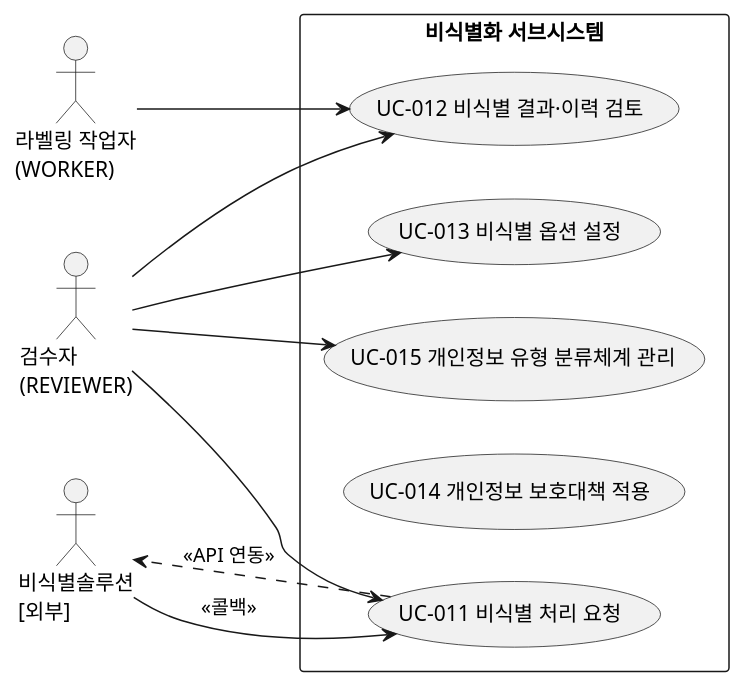
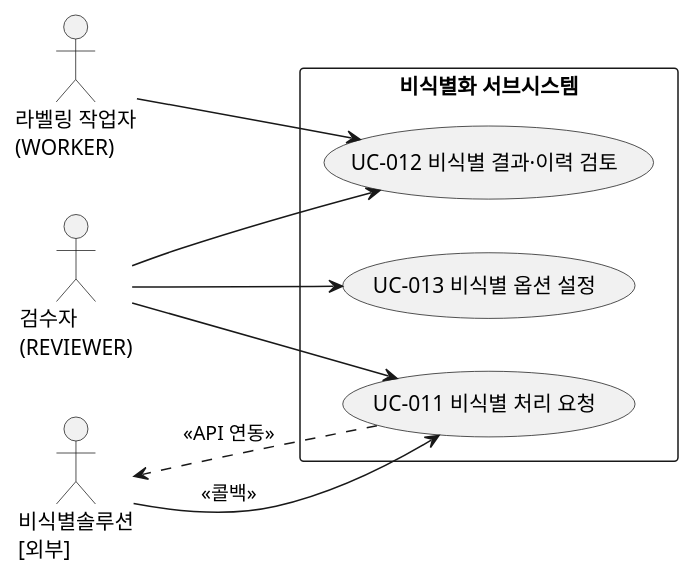
Before and after one commit to New-stella/klid-label: the fifth of 5 diagrams in docs/design/R2-유스케이스명세서.md, drawn with PlantUML. The commit also changed other lines of this file and 13 other files, not shown here.

````diff
--- a/docs/design/R2-유스케이스명세서.md
+++ b/docs/design/R2-유스케이스명세서.md
@@ -150,24 +149,21 @@
 ```plantuml
 @startuml
 left to right direction
 actor "검수자\n(REVIEWER)" as REVIEWER
 actor "라벨링 작업자\n(WORKER)" as WORKER
 actor "비식별솔루션\n[외부]" as DEID
 
 rectangle "비식별화 서브시스템" {
   usecase "UC-011 비식별 처리 요청" as UC011
   usecase "UC-012 비식별 결과·이력 검토" as UC012
   usecase "UC-013 비식별 옵션 설정" as UC013
-  usecase "UC-014 개인정보 보호대책 적용" as UC014
-  usecase "UC-015 개인정보 유형 분류체계 관리" as UC015
 }
 
 REVIEWER --> UC011
 REVIEWER --> UC013
-REVIEWER --> UC015
 REVIEWER --> UC012
 WORKER --> UC012
 UC011 ..> DEID : <<API 연동>>
 DEID --> UC011 : <<콜백>>
 @enduml
 ```
````
